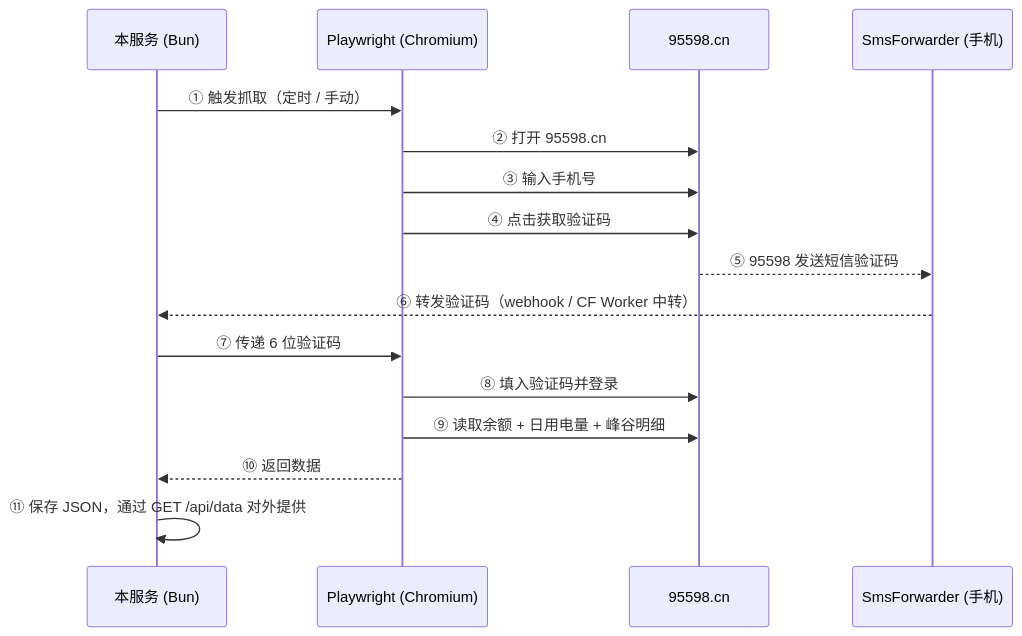
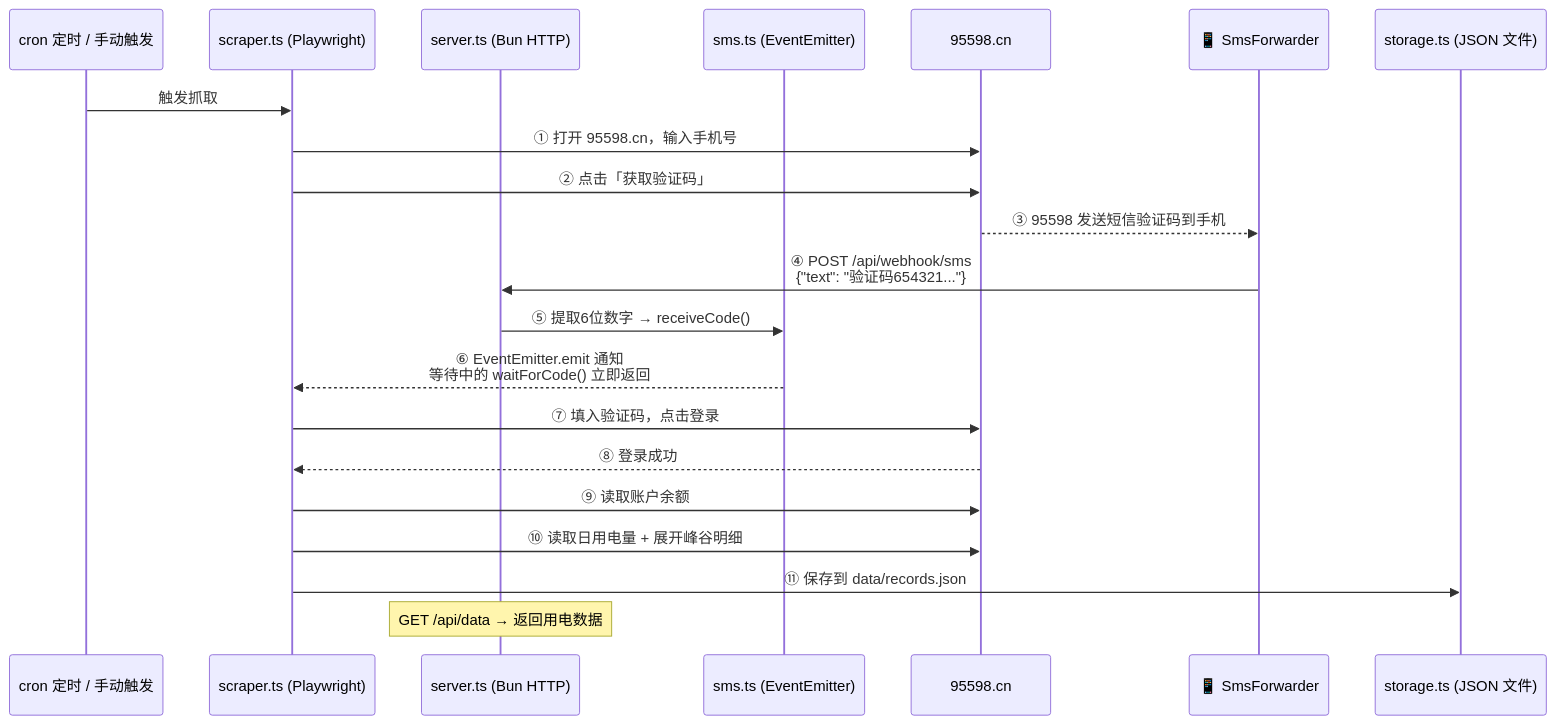
The first of 3 diagrams in README.md (a1245582339/sgcc-electricity-scraper), drawn with Mermaid before and after one commit. The commit also changed other lines of this file, not shown here.

````diff
--- a/README.md
+++ b/README.md
@@ -11,19 +19,25 @@
 ```mermaid
 sequenceDiagram
-    participant S as 本服务 (Bun)
-    participant P as Playwright (Chromium)
-    participant W as 95598.cn
-    participant Phone as SmsForwarder (手机)
+    participant Cron as cron 定时 / 手动触发
+    participant Scraper as scraper.ts (Playwright)
+    participant Server as server.ts (Bun HTTP)
+    participant SMS as sms.ts (EventEmitter)
+    participant Web as 95598.cn
+    participant Phone as 📱 SmsForwarder
+    participant Storage as storage.ts (JSON 文件)
 
-    S->>P: ① 触发抓取（定时 / 手动）
-    P->>W: ② 打开 95598.cn
-    P->>W: ③ 输入手机号
-    P->>W: ④ 点击获取验证码
-    W-->>Phone: ⑤ 95598 发送短信验证码
-    Phone-->>S: ⑥ 转发验证码（webhook / CF Worker 中转）
-    S->>P: ⑦ 传递 6 位验证码
-    P->>W: ⑧ 填入验证码并登录
-    P->>W: ⑨ 读取余额 + 日用电量 + 峰谷明细
-    P-->>S: ⑩ 返回数据
-    S->>S: ⑪ 保存 JSON，通过 GET /api/data 对外提供
+    Cron->>Scraper: 触发抓取
+    Scraper->>Web: ① 打开 95598.cn，输入手机号
+    Scraper->>Web: ② 点击「获取验证码」
+    Web-->>Phone: ③ 95598 发送短信验证码到手机
+    Phone->>Server: ④ POST /api/webhook/sms<br/>{"text": "验证码654321..."}
+    Server->>SMS: ⑤ 提取6位数字 → receiveCode()
+    SMS-->>Scraper: ⑥ EventEmitter.emit 通知<br/>等待中的 waitForCode() 立即返回
+    Scraper->>Web: ⑦ 填入验证码，点击登录
+    Web-->>Scraper: ⑧ 登录成功
+    Scraper->>Web: ⑨ 读取账户余额
+    Scraper->>Web: ⑩ 读取日用电量 + 展开峰谷明细
+    Scraper->>Storage: ⑪ 保存到 data/records.json
+
+    Note over Server: GET /api/data → 返回用电数据
 ```
````
